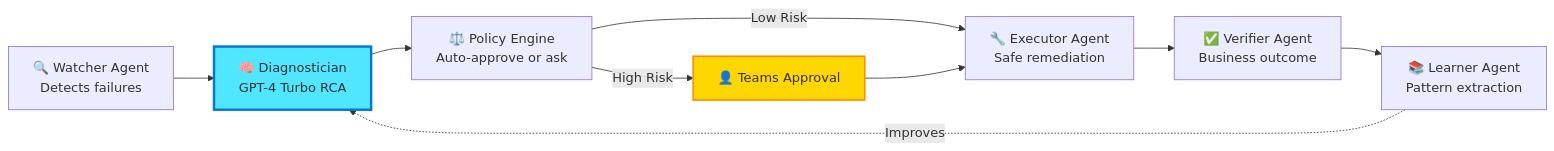
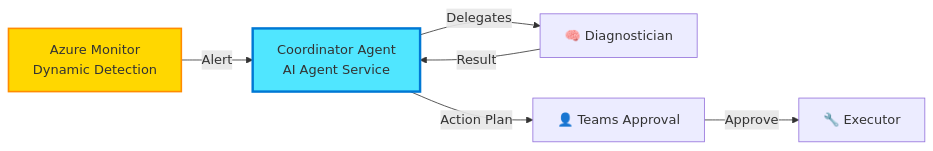
Before and after one commit to mayankgupta7673/Continuum-Ops: the second of 2 diagrams in README.md, drawn with Mermaid. The commit also changed other lines of this file and 8 other files, not shown here.

````diff
--- a/README.md
+++ b/README.md
@@ -92,21 +91,17 @@
 ```mermaid
 graph LR
-    DETECT[🔍 Watcher Agent<br/>Detects failures]
-    DIAGNOSE[🧠 Diagnostician<br/>GPT-4 Turbo RCA]
-    DECIDE[⚖️ Policy Engine<br/>Auto-approve or ask]
-    REPAIR[🔧 Executor Agent<br/>Safe remediation]
-    VERIFY[✅ Verifier Agent<br/>Business outcome]
-    LEARN[📚 Learner Agent<br/>Pattern extraction]
+    DETECT[Azure Monitor<br/>Dynamic Detection]
+    COORD[Coordinator Agent<br/>AI Agent Service]
+    DIAGNOSE[🧠 Diagnostician]
+    REPAIR[🔧 Executor]
+    HUMAN[👤 Teams Approval]
     
-    DETECT --> DIAGNOSE
-    DIAGNOSE --> DECIDE
-    DECIDE -->|Low Risk| REPAIR
-    DECIDE -->|High Risk| HUMAN[👤 Teams Approval]
-    HUMAN --> REPAIR
-    REPAIR --> VERIFY
-    VERIFY --> LEARN
-    LEARN -.->|Improves| DIAGNOSE
+    DETECT -->|Alert| COORD
+    COORD -->|Delegates| DIAGNOSE
+    DIAGNOSE -->|Result| COORD
+    COORD -->|Action Plan| HUMAN
+    HUMAN -->|Approve| REPAIR
     
-    style DIAGNOSE fill:#50e6ff,stroke:#0078d4,stroke-width:3px
-    style HUMAN fill:#FFD700,stroke:#FF8C00,stroke-width:2px
+    style COORD fill:#50e6ff,stroke:#0078d4,stroke-width:3px
+    style DETECT fill:#FFD700,stroke:#FF8C00,stroke-width:2px
 ```
````
